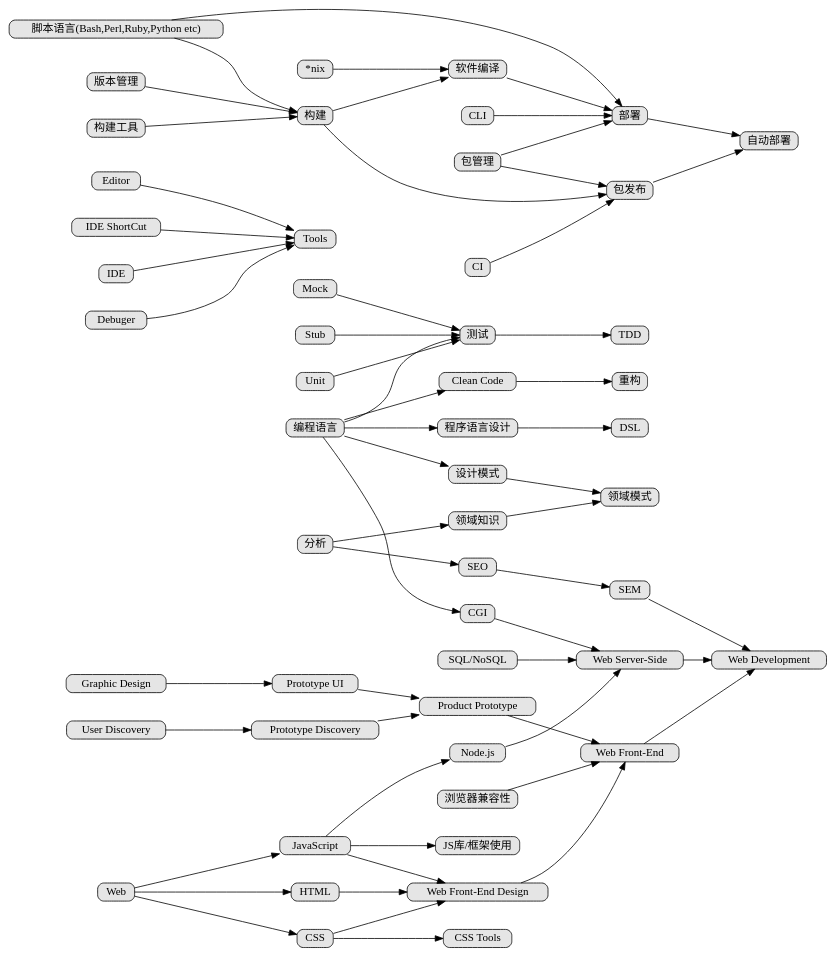
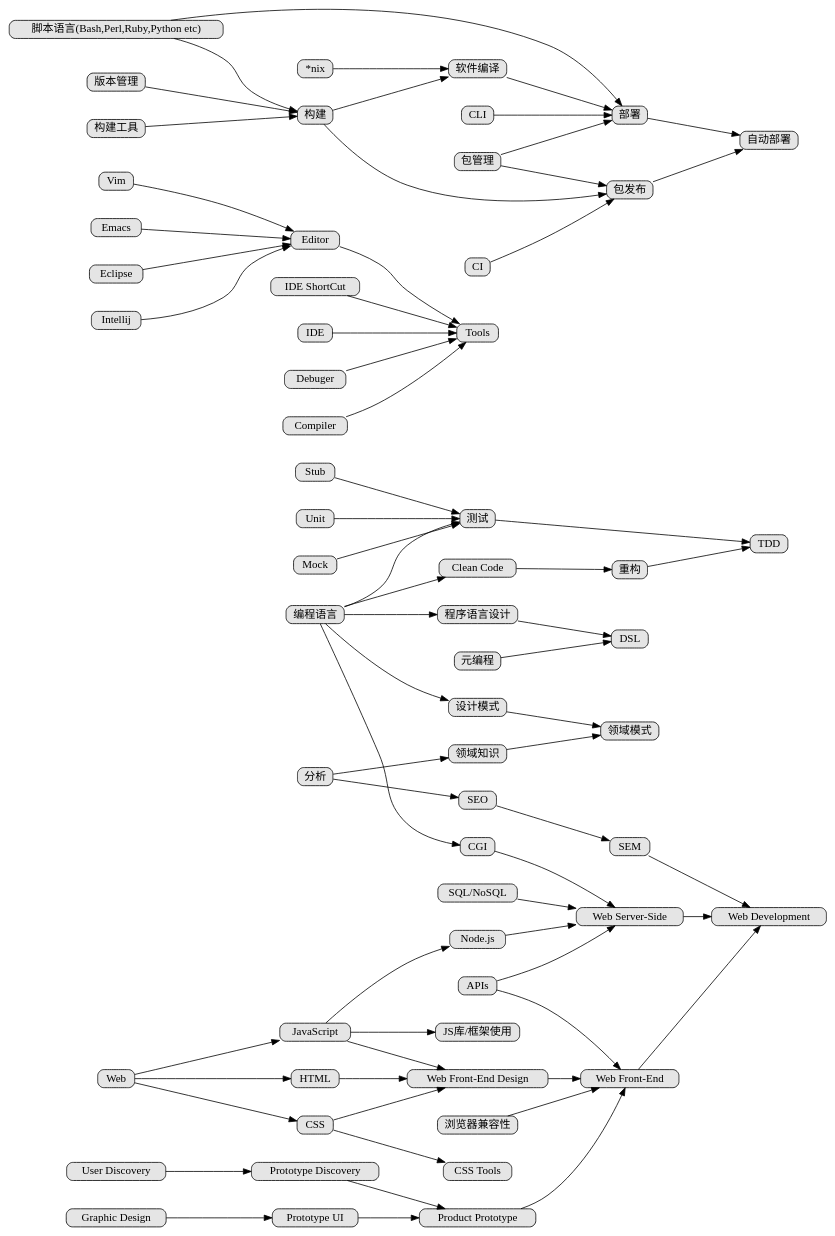
One commit to phodal/developer changed the diagram in tree.dot. Above: the diagram before and after it, drawn with Graphviz. The commit also changed 1 other file, not shown here.

```diff
--- a/tree.dot
+++ b/tree.dot
@@ -1,58 +1,67 @@
 digraph tree
 {
     nodesep=0.5;
     charset="UTF-8";
     rankdir=LR;
     fixedsize=true;
     node [style="rounded,filled", width=0, height=0, shape=box, fillcolor="#E5E5E5", concentrate=true]
 
     "编程语言" -> "CGI"
     "CGI" -> "Web Server-Side"
     Web -> "JavaScript" -> "Web Front-End Design"
     Web -> "HTML" -> "Web Front-End Design"
     Web -> "CSS" -> "Web Front-End Design"
     "Graphic Design" -> "Prototype UI" -> "Product Prototype"
     "User Discovery" -> "Prototype Discovery" -> "Product Prototype"
     "Web Front-End Design" -> "Web Front-End"
     "浏览器兼容性" -> "Web Front-End"
     "Product Prototype" -> "Web Front-End"
     "SEM" -> "Web Development"
 
     "CSS" -> "CSS Tools"
     "JavaScript" -> "Node.js" -> "Web Server-Side"
     "JavaScript" -> "JS库/框架使用"
     "SQL/NoSQL" -> "Web Server-Side"
+    "APIs" -> "Web Server-Side"
+    "APIs" -> "Web Front-End"
     "Web Server-Side" -> "Web Development"
     "Web Front-End" -> "Web Development"
 
     "编程语言" -> "设计模式" -> "领域模式"
     "编程语言" -> "测试"
     "测试" -> "TDD"
     "Mock" -> "测试"
     "Stub" -> "测试"
     "Unit" -> "测试"
     "编程语言" -> "Clean Code"
     "Clean Code" -> "重构"
+    "重构" -> "TDD"
     "分析" -> "领域知识" -> "领域模式"
     "分析" -> "SEO" -> "SEM"
     "编程语言" -> "程序语言设计" -> "DSL"
+    "元编程" -> "DSL"
 
+    "Vim" -> "Editor"
+    "Emacs" -> "Editor"
+    "Eclipse" -> "Editor"
+    "Intellij" -> "Editor"
     "Editor" -> "Tools"
     "IDE ShortCut" -> "Tools"
     "IDE" -> "Tools"
     "Debuger" -> "Tools"
+    "Compiler" -> "Tools"
 
     "包管理" -> "部署"
     "版本管理" -> "构建"
     "CI" -> "包发布"
     "构建工具" -> "构建"
     "构建" -> "包发布"
     "部署" -> "自动部署"
     "包管理" -> "包发布" -> "自动部署"
     "CLI" -> "部署"
     "脚本语言(Bash,Perl,Ruby,Python etc)" -> "部署"
     "脚本语言(Bash,Perl,Ruby,Python etc)" -> "构建"
     "*nix" -> "软件编译" -> "部署"
     "构建" -> "软件编译"
 
 }
```
